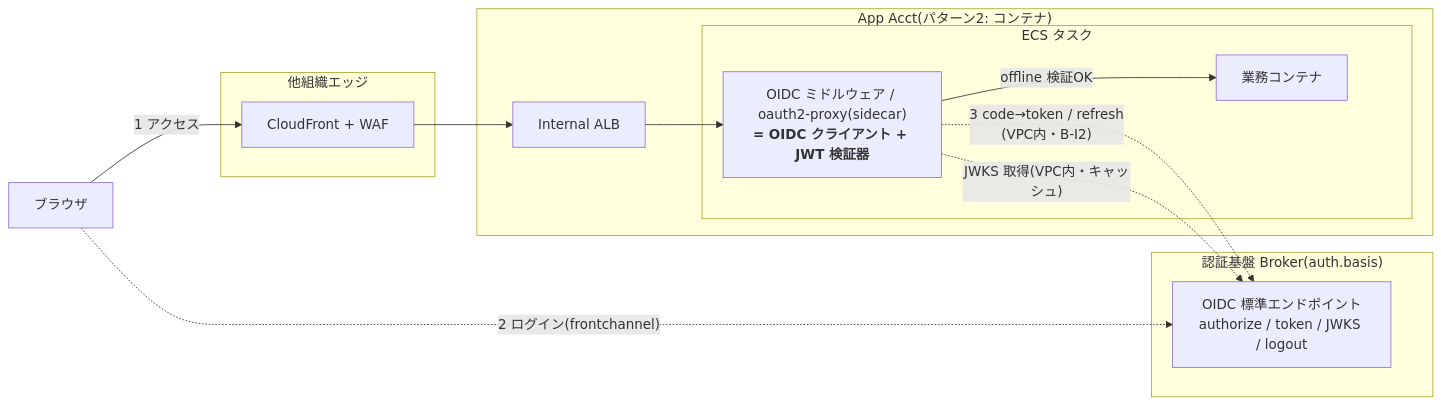
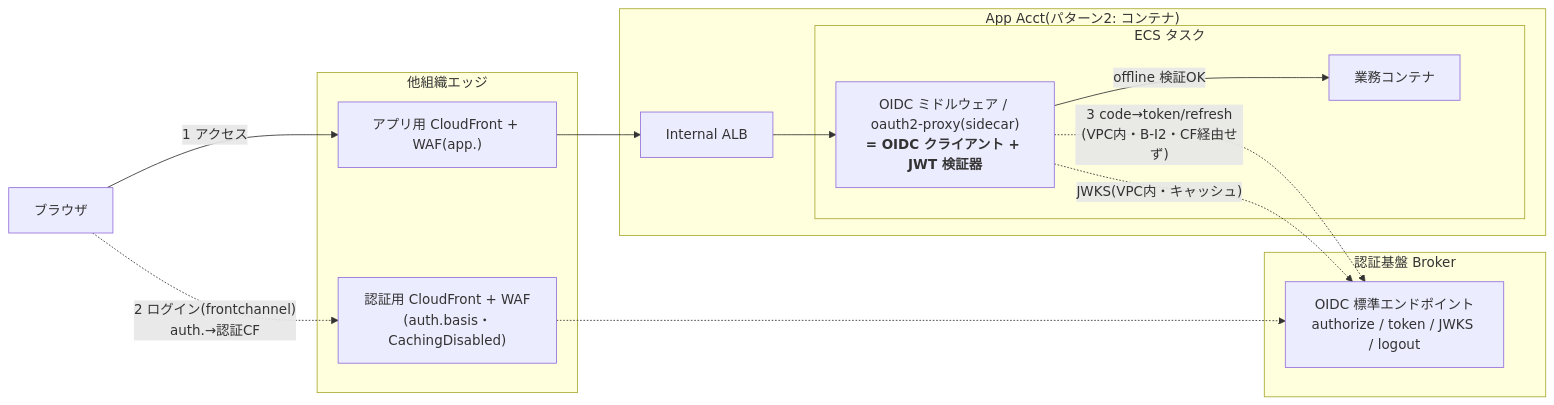
The third of 7 diagrams in doc/basic-design/06a-network-flow-diagrams.md (suepie/aws-atuh-poc), drawn with Mermaid before and after one commit. The commit also changed other lines of this file and 4 other files, not shown here.

````diff
--- a/doc/basic-design/06a-network-flow-diagrams.md
+++ b/doc/basic-design/06a-network-flow-diagrams.md
@@ -175,22 +177,23 @@
 ```mermaid
 flowchart LR
   U["ブラウザ"]
   subgraph EDGE["他組織エッジ"]
-    CFB["CloudFront + WAF"]
+    CFB["アプリ用 CloudFront + WAF(app.)"]
+    ACF2["認証用 CloudFront + WAF<br/>(auth.basis・CachingDisabled)"]
   end
-  subgraph AUTH["認証基盤 Broker(auth.basis)"]
+  subgraph AUTH["認証基盤 Broker"]
     AZ2["OIDC 標準エンドポイント<br/>authorize / token / JWKS / logout"]
   end
   subgraph APP2["App Acct(パターン2: コンテナ)"]
     ALB["Internal ALB"]
     subgraph ECS["ECS タスク"]
       MW["OIDC ミドルウェア / oauth2-proxy(sidecar)<br/><b>= OIDC クライアント + JWT 検証器</b>"]
       BIZ["業務コンテナ"]
     end
   end
   U -->|"1 アクセス"| CFB --> ALB --> MW
-  U -.->|"2 ログイン(frontchannel)"| AZ2
-  MW -.->|"3 code→token / refresh<br/>(VPC内・B-I2)"| AZ2
-  MW -.->|"JWKS 取得(VPC内・キャッシュ)"| AZ2
+  U -.->|"2 ログイン(frontchannel)<br/>auth.→認証CF"| ACF2 -.-> AZ2
+  MW -.->|"3 code→token/refresh<br/>(VPC内・B-I2・CF経由せず)"| AZ2
+  MW -.->|"JWKS(VPC内・キャッシュ)"| AZ2
   MW -->|"offline 検証OK"| BIZ
 ```
````
